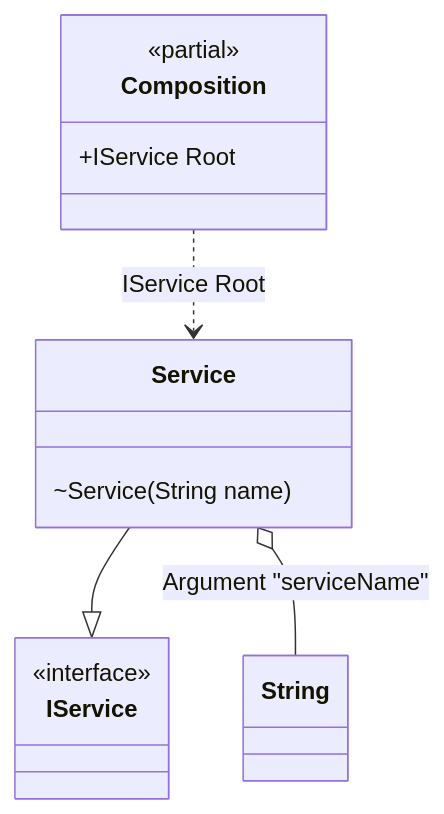
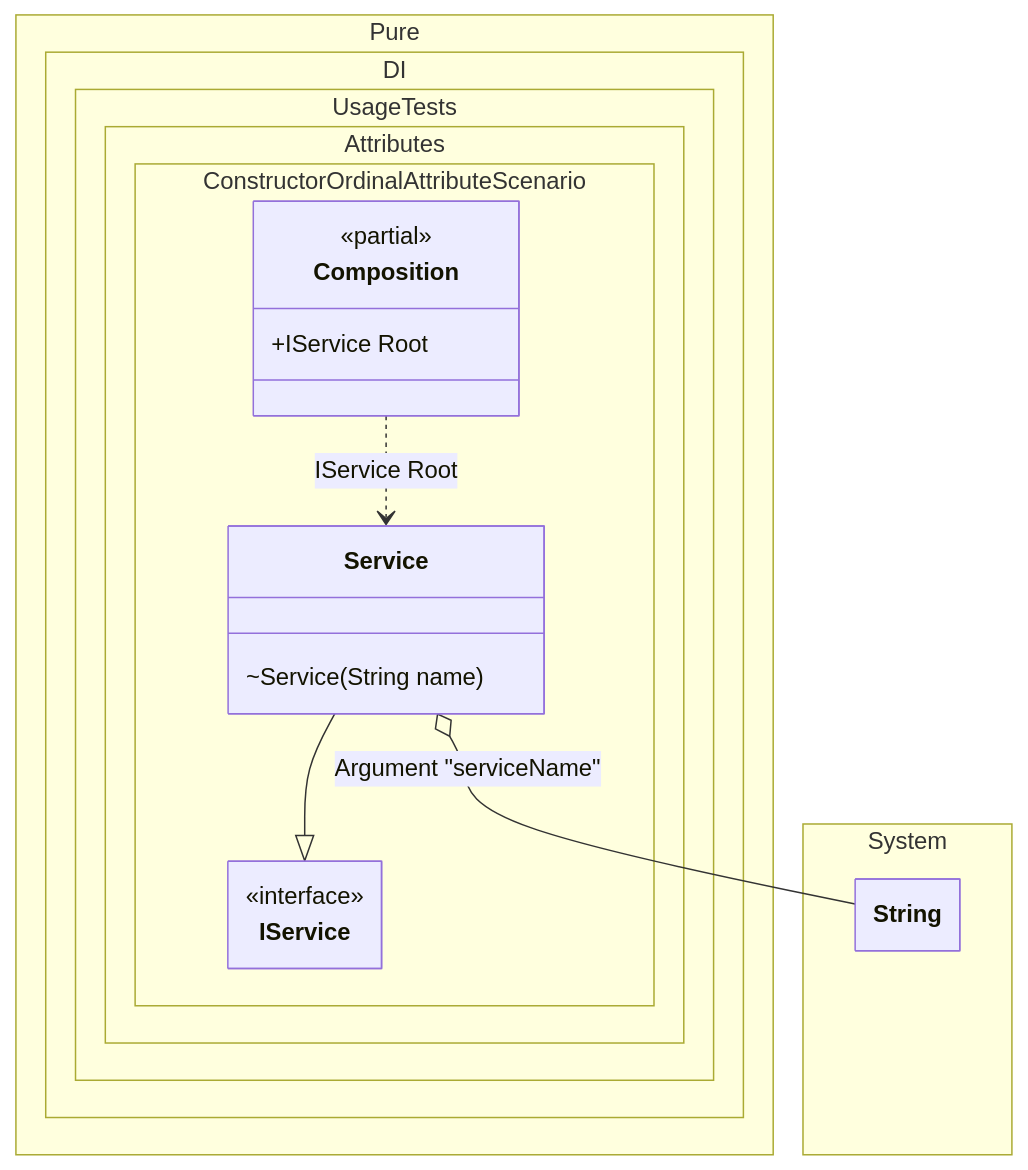
One commit to DevTeam/Pure.DI changed the diagram in readme/constructor-ordinal-attribute.md. Above: the diagram before and after it, drawn with Mermaid. The commit also changed 103 other files, not shown here.

Commit message:
Improved class diagrams

````diff
--- a/readme/constructor-ordinal-attribute.md
+++ b/readme/constructor-ordinal-attribute.md
@@ -83,17 +83,27 @@
 ```mermaid
+---
+ config:
+  class:
+   hideEmptyMembersBox: true
+---
 classDiagram
-	class Composition {
+	Service --|> IService
+	Composition ..> Service : IService Root
+	Service o-- String : Argument "serviceName"
+	namespace Pure.DI.UsageTests.Attributes.ConstructorOrdinalAttributeScenario {
+		class Composition {
 		<<partial>>
 		+IService Root
+		}
+		class IService {
+			<<interface>>
+		}
+		class Service {
+			~Service(String name)
+		}
 	}
-	Service --|> IService
-	class Service {
-		~Service(String name)
+	namespace System {
+		class String {
+		}
 	}
-	class String
-	class IService {
-		<<interface>>
-	}
-	Composition ..> Service : IService Root
-	Service o-- String : Argument "serviceName"
 ```
````
